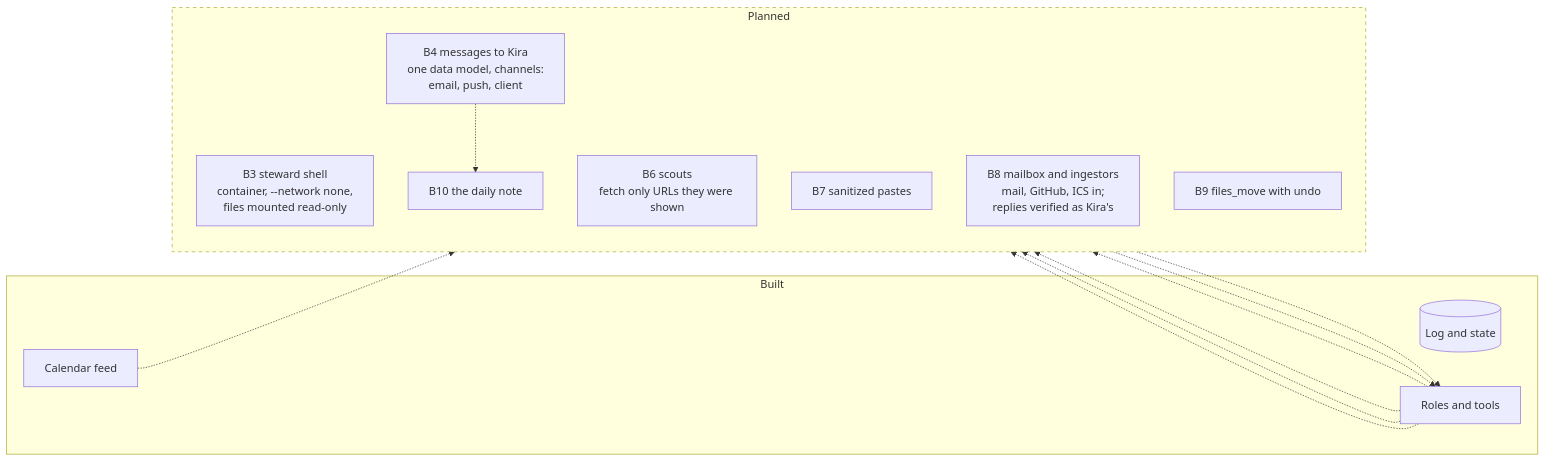
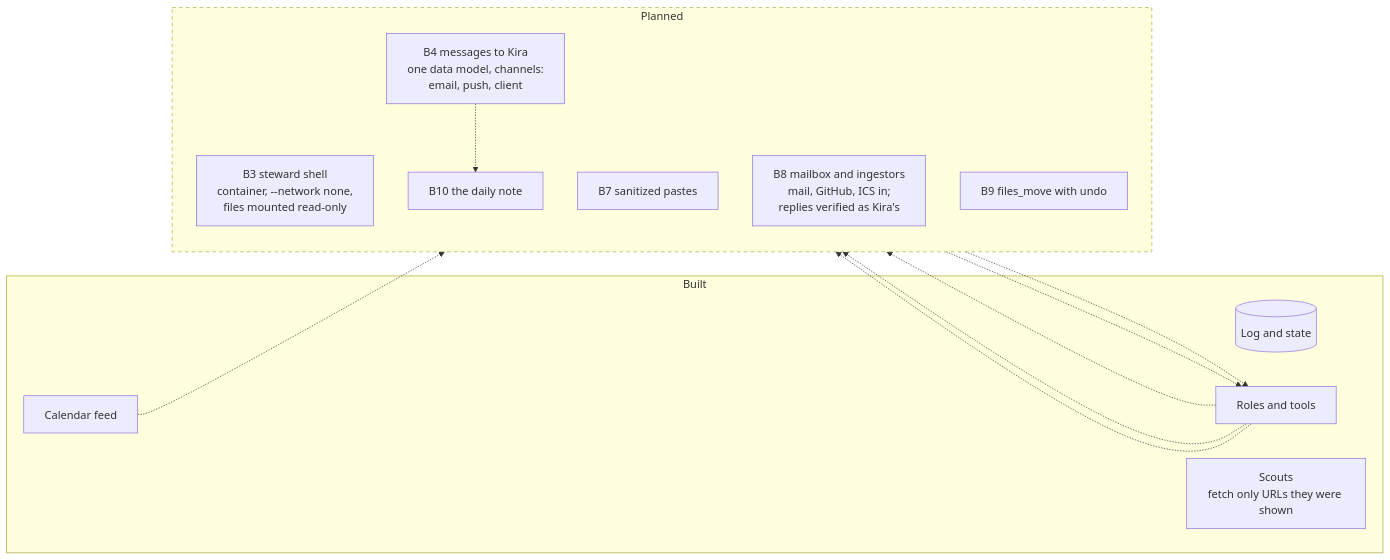
Diagram 13 of 13 in docs/architecture.md (kirahowe/relay), drawn with Mermaid before and after one commit. The commit also changed other lines of this file and 5 other files, not shown here.

First line of the commit message:
Document the scout fetch rule and house memos to scouts

````diff
--- a/docs/architecture.md
+++ b/docs/architecture.md
@@ -385,30 +418,29 @@
 ```mermaid
 flowchart LR
     subgraph built["Built"]
         log[("Log and state")]
         roles["Roles and tools"]
         calf["Calendar feed"]
+        scout["Scouts<br/>fetch only URLs they were shown"]
     end
 
     subgraph planned["Planned"]
         direction TB
         shell["B3 steward shell<br/>container, --network none,<br/>files mounted read-only"]
         msgs["B4 messages to Kira<br/>one data model, channels:<br/>email, push, client"]
-        scout["B6 scouts<br/>fetch only URLs they were shown"]
         sanit["B7 sanitized pastes"]
         mbox["B8 mailbox and ingestors<br/>mail, GitHub, ICS in;<br/>replies verified as Kira's"]
         files["B9 files_move with undo"]
         daily["B10 the daily note"]
     end
 
     roles -.-> shell
     roles -.-> msgs
-    roles -.-> scout
     mbox -.-> roles
     sanit -.-> roles
     roles -.-> files
     msgs -.-> daily
     calf -.-> daily
 
     style planned stroke-dasharray: 5 5
 ```
````
